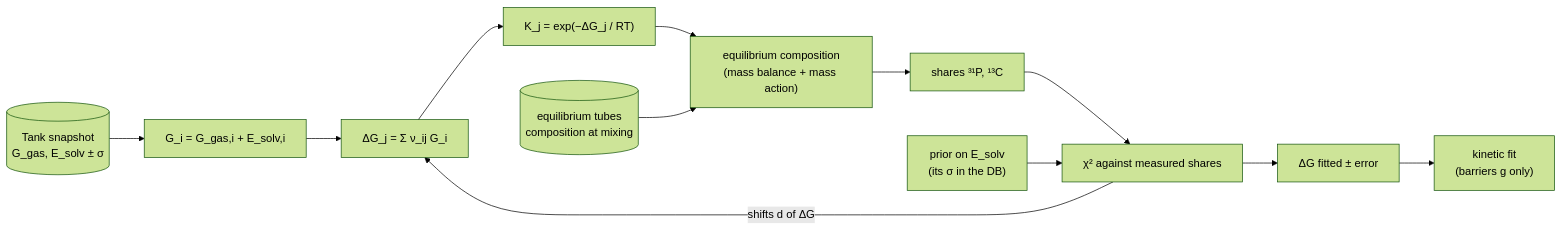
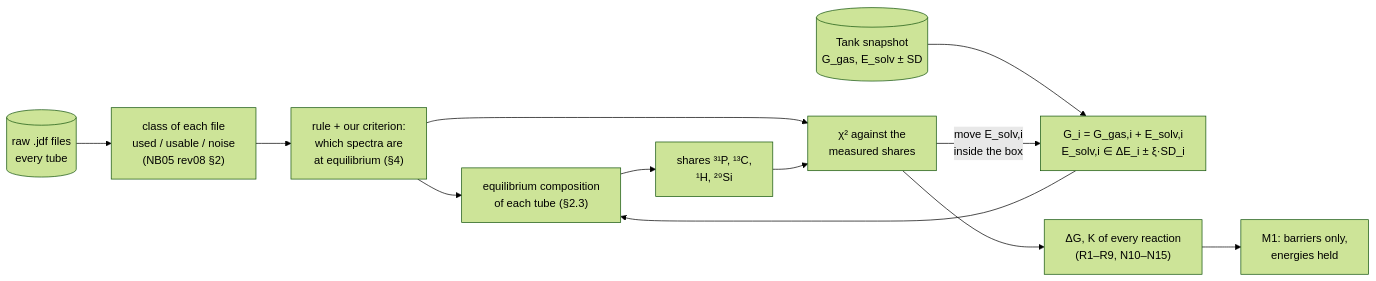
One commit to yralcaraz/atom-to-reactor changed the diagram in docs/reference-fitting_thermo.md. Above: the diagram before and after it, drawn with Mermaid (forest theme). The commit also changed other lines of this file and 17 other files, not shown here.

First line of the commit message:
Thermodynamic fit code, notebook 06 rev01 and 05 rev08 updates, TMSPa alone notebooks

````diff
--- a/docs/reference-fitting_thermo.md
+++ b/docs/reference-fitting_thermo.md
@@ -19,14 +19,14 @@
 ```mermaid
 flowchart LR
-    DB[("Tank snapshot<br/>G_gas, E_solv ± σ")] --> G["G_i = G_gas,i + E_solv,i"]
-    G --> DG["ΔG_j = Σ ν_ij G_i"]
-    DG --> K["K_j = exp(−ΔG_j / RT)"]
-    K --> EQ["equilibrium composition<br/>(mass balance + mass action)"]
-    TUBES[("equilibrium tubes<br/>composition at mixing")] --> EQ
-    EQ --> SH["shares ³¹P, ¹³C"]
-    SH --> CHI["χ² against measured shares"]
-    PRIOR["prior on E_solv<br/>(its σ in the DB)"] --> CHI
-    CHI -- "shifts d of ΔG" --> DG
-    CHI --> OUT["ΔG fitted ± error"]
-    OUT --> KIN["kinetic fit<br/>(barriers g only)"]
+    RAW[("raw .jdf files<br/>every tube")] --> CLS["class of each file<br/>used / usable / noise<br/>(NB05 rev08 §2)"]
+    CLS --> RULE["rule + our criterion:<br/>which spectra are<br/>at equilibrium (§4)"]
+    DB[("Tank snapshot<br/>G_gas, E_solv ± SD")] --> G["G_i = G_gas,i + E_solv,i<br/>E_solv,i ∈ ΔE_i ± ξ·SD_i"]
+    G --> EQ["equilibrium composition<br/>of each tube (§2.3)"]
+    RULE --> EQ
+    EQ --> SH["shares ³¹P, ¹³C,<br/>¹H, ²⁹Si"]
+    RULE --> CHI["χ² against the<br/>measured shares"]
+    SH --> CHI
+    CHI -- "move E_solv,i<br/>inside the box" --> G
+    CHI --> OUT["ΔG, K of every reaction<br/>(R1–R9, N10–N15)"]
+    OUT --> KIN["M1: barriers only,<br/>energies held"]
 ```
````
